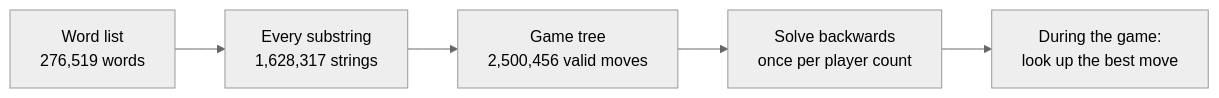
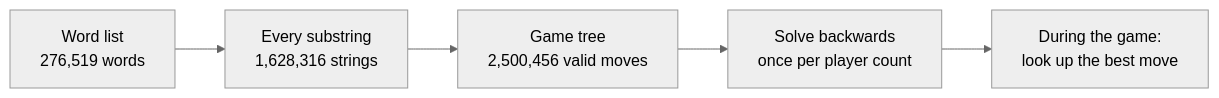
One commit to joshuacortez/wordnt changed the second of 4 diagrams in agents/GameTreeAgent/README.md. Above: the diagram before and after it, drawn with Mermaid (neutral theme). The commit also changed other lines of this file, not shown here.

````diff
--- a/agents/GameTreeAgent/README.md
+++ b/agents/GameTreeAgent/README.md
@@ -40,7 +40,7 @@
 ```mermaid
 flowchart LR
-    W["Word list<br/>276,519 words"] --> S["Every substring<br/>1,628,317 strings"]
+    W["Word list<br/>276,519 words"] --> S["Every substring<br/>1,628,316 strings"]
     S --> G["Game tree<br/>2,500,456 valid moves"]
     G --> P["Solve backwards<br/>once per player count"]
     P --> M["During the game:<br/>look up the best move"]
 ```
````
